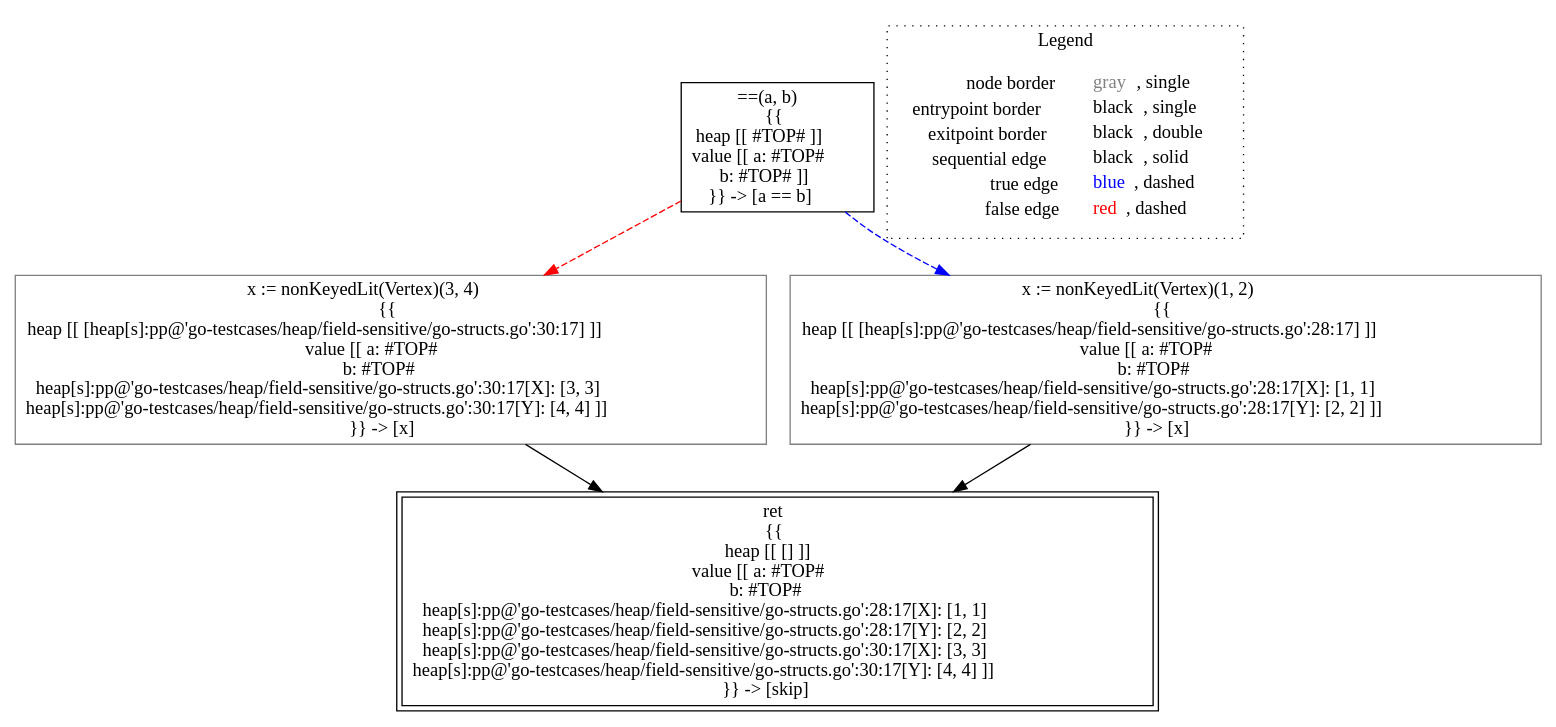
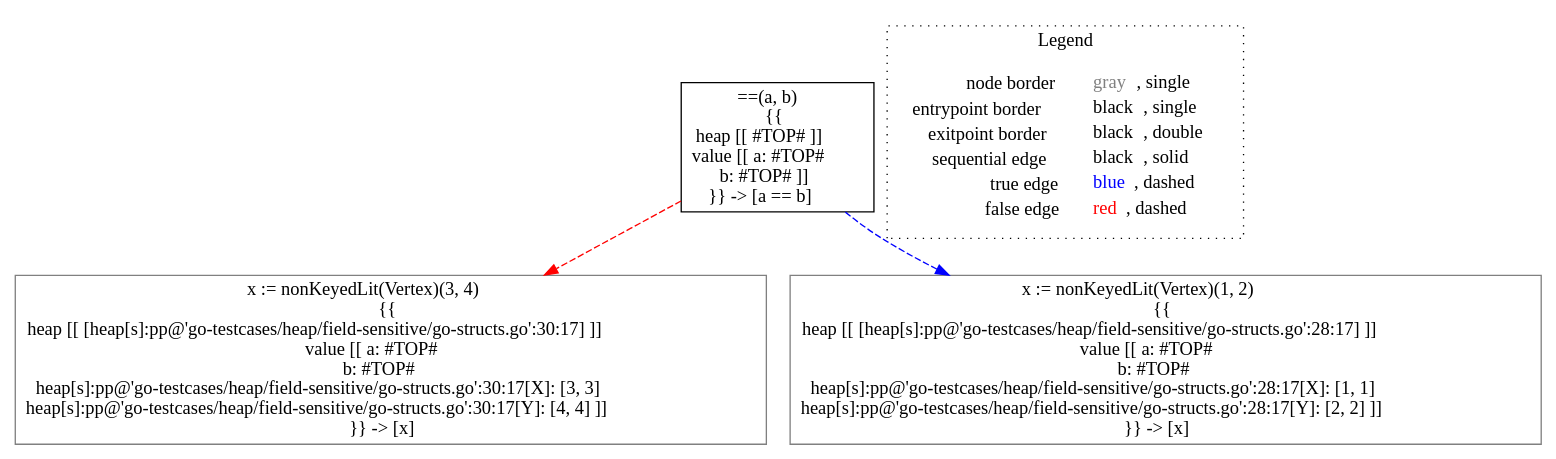
One commit to lisa-analyzer/go-lisa changed the diagram in go-lisa/go-testcases/heap/field-sensitive/analysis___untyped_~LiSAProgram.ifAlloc(int_a,_int_b).dot. Above: the diagram before and after it, drawn with Graphviz. The commit also changed 39 other files, not shown here.

```diff
--- a/go-lisa/go-testcases/heap/field-sensitive/analysis___untyped_~LiSAProgram.ifAlloc(int_a,_int_b).dot
+++ b/go-lisa/go-testcases/heap/field-sensitive/analysis___untyped_~LiSAProgram.ifAlloc(int_a,_int_b).dot
@@ -1,17 +1,14 @@
 digraph {
 	"node0" [shape="rect",color="black",label=<==(a, b)<BR/>{{<BR/>heap [[ #TOP# ]]<BR/>value [[ a: #TOP#<BR/>b: #TOP# ]]<BR/>}} -&gt; [a == b]>];
 	"node1" [shape="rect",color="gray",label=<x := nonKeyedLit(Vertex)(3, 4)<BR/>{{<BR/>heap [[ [heap[s]:pp@'go-testcases/heap/field-sensitive/go-structs.go':30:17] ]]<BR/>value [[ a: #TOP#<BR/>b: #TOP#<BR/>heap[s]:pp@'go-testcases/heap/field-sensitive/go-structs.go':30:17[X]: [3, 3]<BR/>heap[s]:pp@'go-testcases/heap/field-sensitive/go-structs.go':30:17[Y]: [4, 4] ]]<BR/>}} -&gt; [x]>];
 	"node2" [shape="rect",color="gray",label=<x := nonKeyedLit(Vertex)(1, 2)<BR/>{{<BR/>heap [[ [heap[s]:pp@'go-testcases/heap/field-sensitive/go-structs.go':28:17] ]]<BR/>value [[ a: #TOP#<BR/>b: #TOP#<BR/>heap[s]:pp@'go-testcases/heap/field-sensitive/go-structs.go':28:17[X]: [1, 1]<BR/>heap[s]:pp@'go-testcases/heap/field-sensitive/go-structs.go':28:17[Y]: [2, 2] ]]<BR/>}} -&gt; [x]>];
-	"node3" [shape="rect",color="black",peripheries="2",label=<ret<BR/>{{<BR/>heap [[ [] ]]<BR/>value [[ a: #TOP#<BR/>b: #TOP#<BR/>heap[s]:pp@'go-testcases/heap/field-sensitive/go-structs.go':28:17[X]: [1, 1]<BR/>heap[s]:pp@'go-testcases/heap/field-sensitive/go-structs.go':28:17[Y]: [2, 2]<BR/>heap[s]:pp@'go-testcases/heap/field-sensitive/go-structs.go':30:17[X]: [3, 3]<BR/>heap[s]:pp@'go-testcases/heap/field-sensitive/go-structs.go':30:17[Y]: [4, 4] ]]<BR/>}} -&gt; [skip]>];
-	"node1" -> "node3" [color="black"];
-	"node2" -> "node3" [color="black"];
 	"node0" -> "node1" [color="red",style="dashed"];
 	"node0" -> "node2" [color="blue",style="dashed"];
 subgraph cluster_legend {
 	label="Legend";
 	style=dotted;
 	node [shape=plaintext];
 	"legend" [label=<<table border="0" cellpadding="2" cellspacing="0" cellborder="0"><tr><td align="right">node border&nbsp;</td><td align="left"><font color="gray">gray</font>, single</td></tr><tr><td align="right">entrypoint border&nbsp;</td><td align="left"><font color="black">black</font>, single</td></tr><tr><td align="right">exitpoint border&nbsp;</td><td align="left"><font color="black">black</font>, double</td></tr><tr><td align="right">sequential edge&nbsp;</td><td align="left"><font color="black">black</font>, solid</td></tr><tr><td align="right">true edge&nbsp;</td><td align="left"><font color="blue">blue</font>, dashed</td></tr><tr><td align="right">false edge&nbsp;</td><td align="left"><font color="red">red</font>, dashed</td></tr></table>>];
 }
 
 }
```
